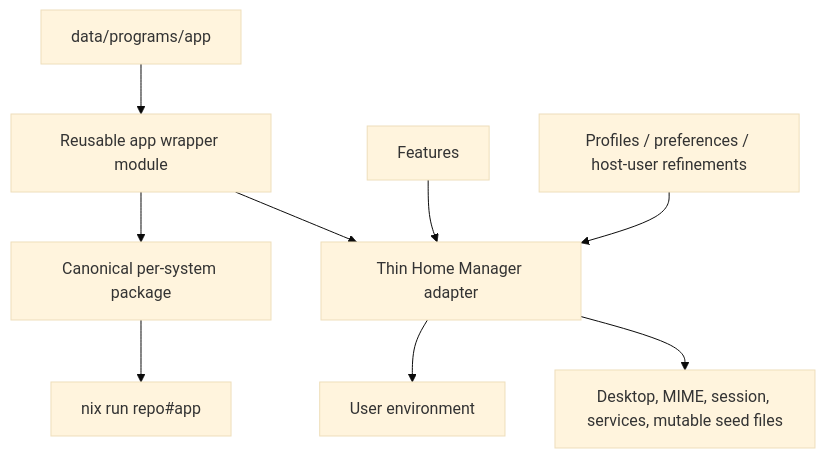
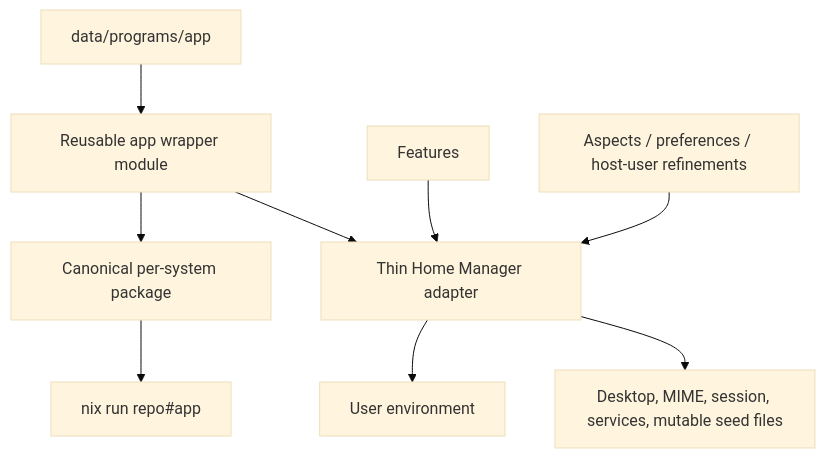
The diagram in docs/research/appconfig.md (alaestor/mirror-flake), drawn with Mermaid (base theme) before and after one commit. The commit also changed other lines of this file and 1 other file, not shown here.

````diff
--- a/docs/research/appconfig.md
+++ b/docs/research/appconfig.md
@@ -307,11 +307,11 @@
 ```mermaid
 flowchart TD
     D[data/programs/app] --> W[Reusable app wrapper module]
     W --> P[Canonical per-system package]
     P --> R[nix run repo#app]
     W --> H[Thin Home Manager adapter]
     F[Features] --> H
-    U[Profiles / preferences / host-user refinements] --> H
+    U[Aspects / preferences / host-user refinements] --> H
     H --> E[User environment]
     H --> I[Desktop, MIME, session, services, mutable seed files]
 ```
````
